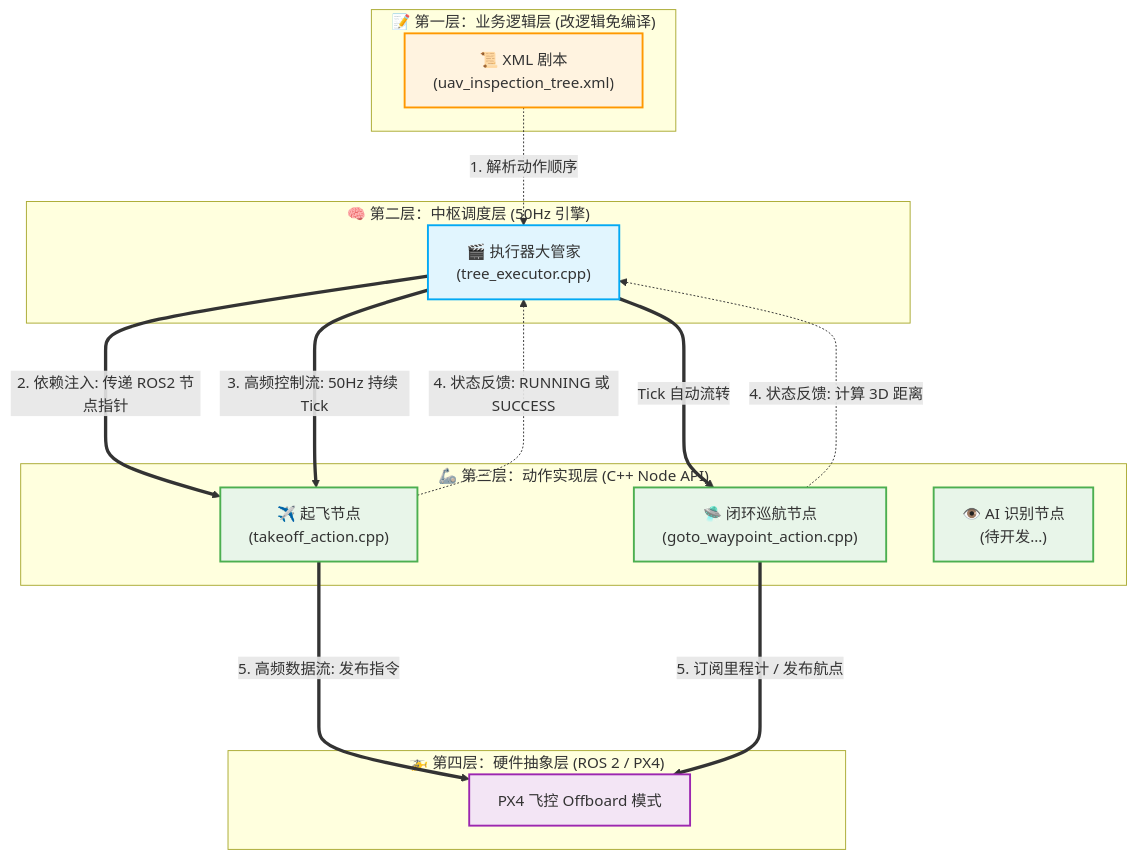
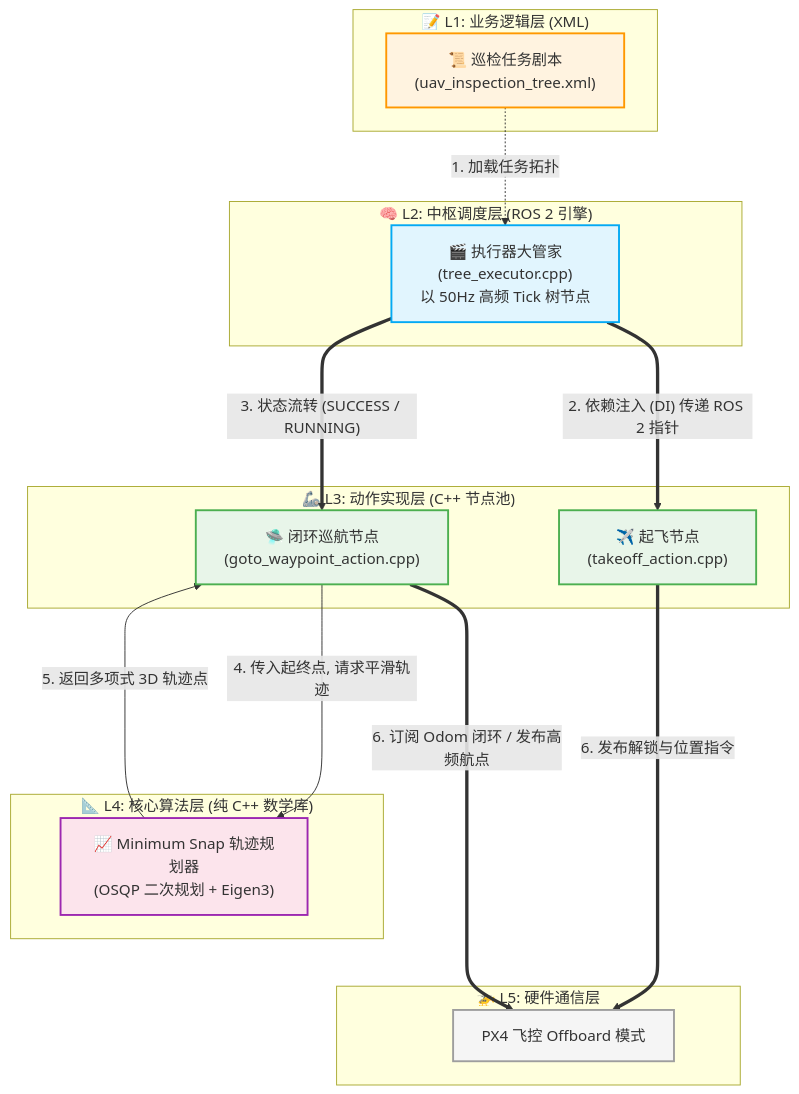
Before and after one commit to xinfangshi/uav_inspection_ros2: the second of 3 diagrams in README.md, drawn with Mermaid. The commit also changed other lines of this file and 10 other files, not shown here.

Commit message:
docs: Update README with advanced dual-architecture diagrams for uav_control and uav_vision modules

````diff
--- a/README.md
+++ b/README.md
@@ -64,38 +66,40 @@
 ```mermaid
 graph TD
     classDef config fill:#fff3e0,stroke:#ff9800,stroke-width:2px;
     classDef exec fill:#e1f5fe,stroke:#03a9f4,stroke-width:2px;
     classDef action fill:#e8f5e9,stroke:#4caf50,stroke-width:2px;
-    classDef hw fill:#f3e5f5,stroke:#9c27b0,stroke-width:2px;
+    classDef math fill:#fce4ec,stroke:#9c27b0,stroke-width:2px;
+    classDef hw fill:#f5f5f5,stroke:#9e9e9e,stroke-width:2px;
 
-    subgraph "📝 第一层：业务逻辑层 (改逻辑免编译)"
-        XML["📜 XML 剧本<br>(uav_inspection_tree.xml)"]:::config
+    subgraph "📝 L1: 业务逻辑层 (XML)"
+        XML["📜 巡检任务剧本<br>(uav_inspection_tree.xml)"]:::config
     end
 
-    subgraph "🧠 第二层：中枢调度层 (50Hz 引擎)"
-        Executor["🎬 执行器大管家<br>(tree_executor.cpp)"]:::exec
+    subgraph "🧠 L2: 中枢调度层 (ROS 2 引擎)"
+        Executor["🎬 执行器大管家<br>(tree_executor.cpp)<br>以 50Hz 高频 Tick 树节点"]:::exec
     end
 
-    subgraph "🦾 第三层：动作实现层 (C++ Node API)"
+    subgraph "🦾 L3: 动作实现层 (C++ 节点池)"
         Takeoff["✈️ 起飞节点<br>(takeoff_action.cpp)"]:::action
         GoTo["🛸 闭环巡航节点<br>(goto_waypoint_action.cpp)"]:::action
-        Detect["👁️ AI 识别节点<br>(待开发...)"]:::action
     end
 
-    subgraph "🚁 第四层：硬件抽象层 (ROS 2 / PX4)"
+    subgraph "📐 L4: 核心算法层 (纯 C++ 数学库)"
+        Planner["📈 Minimum Snap 轨迹规划器<br>(OSQP 二次规划 + Eigen3)"]:::math
+    end
+
+    subgraph "🚁 L5: 硬件通信层"
         PX4["PX4 飞控 Offboard 模式"]:::hw
     end
 
-    %% 核心交互流程连线
-    XML -.->|"1. 解析动作顺序"| Executor
+    %% 连线
+    XML -.->|"1. 加载任务拓扑"| Executor
+    Executor ===>|"2. 依赖注入 (DI) 传递 ROS 2 指针"| Takeoff
+    Executor ===>|"3. 状态流转 (SUCCESS / RUNNING)"| GoTo
     
-    Executor ===>|"2. 依赖注入: 传递 ROS2 节点指针"| Takeoff
-    Executor ===>|"3. 高频控制流: 50Hz 持续 Tick"| Takeoff
-    Executor ===>|"Tick 自动流转"| GoTo
+    GoTo --->|"4. 传入起终点, 请求平滑轨迹"| Planner
+    Planner --->|"5. 返回多项式 3D 轨迹点"| GoTo
     
-    Takeoff -.->|"4. 状态反馈: RUNNING 或 SUCCESS"| Executor
-    GoTo -.->|"4. 状态反馈: 计算 3D 距离"| Executor
-    
-    Takeoff ====>|"5. 高频数据流: 发布指令"| PX4
-    GoTo ====>|"5. 订阅里程计 / 发布航点"| PX4
+    Takeoff ====>|"6. 发布解锁与位置指令"| PX4
+    GoTo ====>|"6. 订阅 Odom 闭环 / 发布高频航点"| PX4
 ```
````
